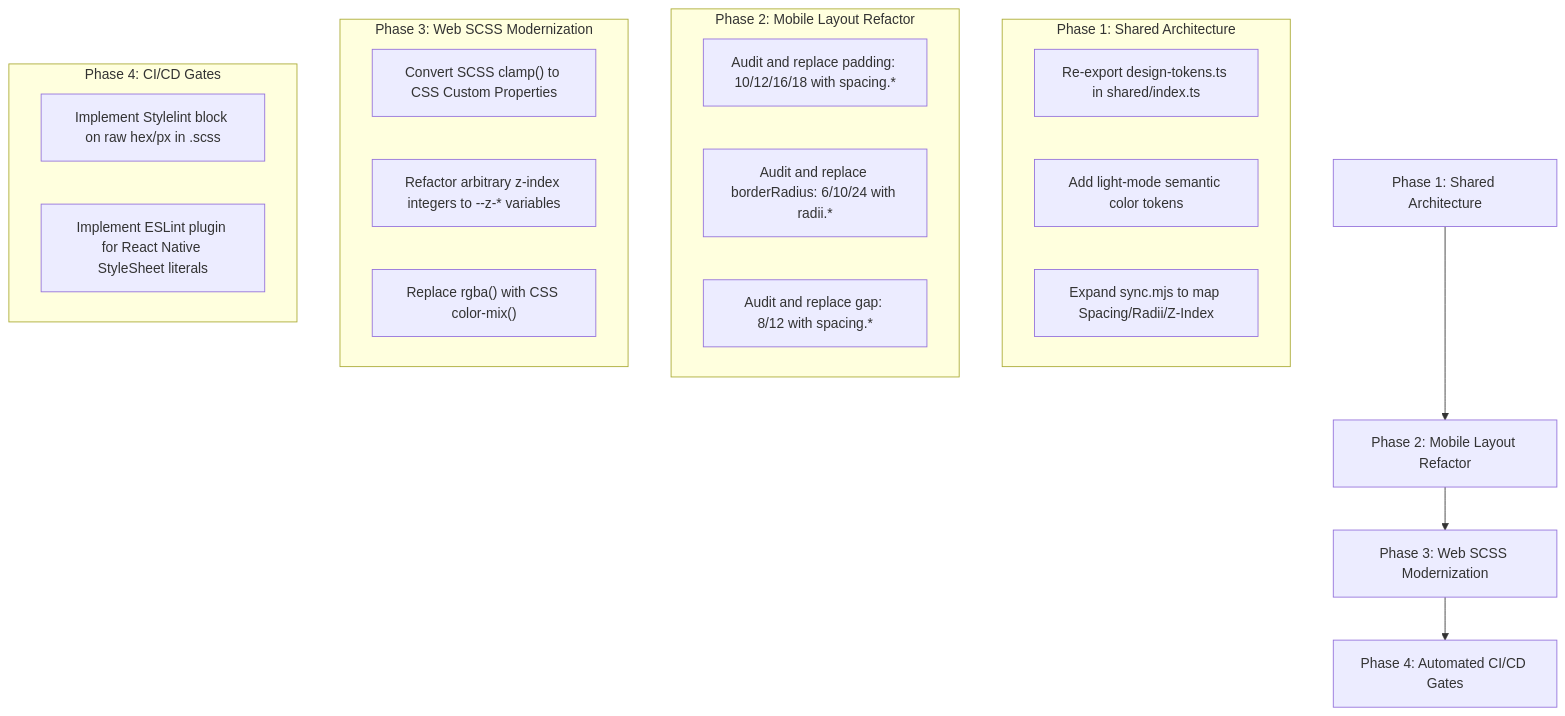
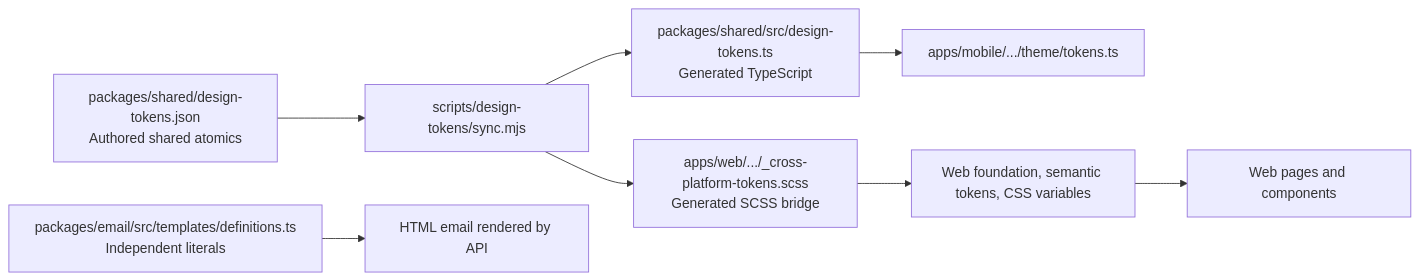
One commit to mrgauravgupt/tfp-main-orchestator changed the diagram in DESIGN_TOKEN_TYPOGRAPHY_AUDIT.md. Above: the diagram before and after it, drawn with Mermaid. The commit also changed other lines of this file, not shown here.

First line of the commit message:
docs(audit): refresh token typography SSOT review

````diff
--- a/DESIGN_TOKEN_TYPOGRAPHY_AUDIT.md
+++ b/DESIGN_TOKEN_TYPOGRAPHY_AUDIT.md
@@ -129,29 +30,10 @@
 ```mermaid
-flowchart TD
-    A["Phase 1: Shared Architecture"] --> B["Phase 2: Mobile Layout Refactor"]
-    B --> C["Phase 3: Web SCSS Modernization"]
-    C --> D["Phase 4: Automated CI/CD Gates"]
-
-    subgraph "Phase 1: Shared Architecture"
-        A1["Re-export design-tokens.ts in shared/index.ts"]
-        A2["Add light-mode semantic color tokens"]
-        A3["Expand sync.mjs to map Spacing/Radii/Z-Index"]
-    end
-
-    subgraph "Phase 2: Mobile Layout Refactor"
-        B1["Audit and replace padding: 10/12/16/18 with spacing.*"]
-        B2["Audit and replace borderRadius: 6/10/24 with radii.*"]
-        B3["Audit and replace gap: 8/12 with spacing.*"]
-    end
-
-    subgraph "Phase 3: Web SCSS Modernization"
-        C1["Convert SCSS clamp() to CSS Custom Properties"]
-        C2["Refactor arbitrary z-index integers to --z-* variables"]
-        C3["Replace rgba() with CSS color-mix()"]
-    end
-
-    subgraph "Phase 4: CI/CD Gates"
-        D1["Implement Stylelint block on raw hex/px in .scss"]
-        D2["Implement ESLint plugin for React Native StyleSheet literals"]
-    end
+flowchart LR
+  A["packages/shared/design-tokens.json\nAuthored shared atomics"] --> B["scripts/design-tokens/sync.mjs"]
+  B --> C["packages/shared/src/design-tokens.ts\nGenerated TypeScript"]
+  B --> D["apps/web/.../_cross-platform-tokens.scss\nGenerated SCSS bridge"]
+  C --> E["apps/mobile/.../theme/tokens.ts"]
+  D --> F["Web foundation, semantic tokens, CSS variables"]
+  F --> G["Web pages and components"]
+  H["packages/email/src/templates/definitions.ts\nIndependent literals"] --> I["HTML email rendered by API"]
 ```
````
